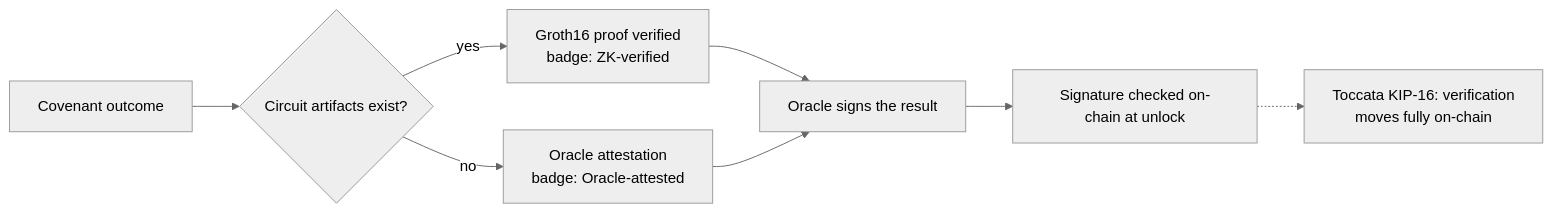
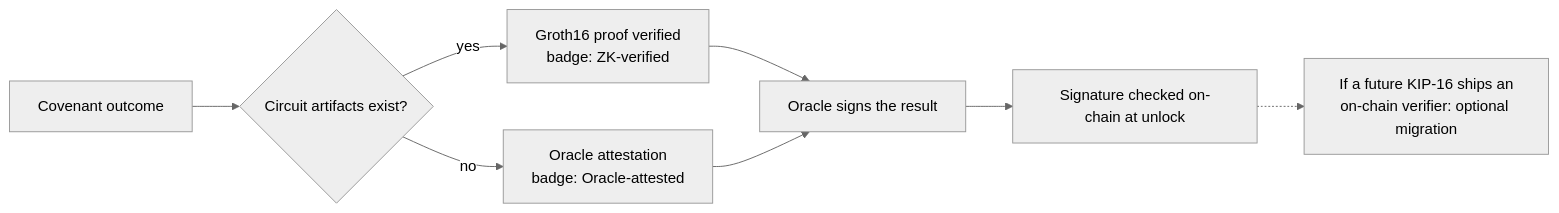
The fifth of 5 diagrams in README.md (THTProtocol/Covex27), drawn with Mermaid (neutral theme) before and after one commit. The commit also changed other lines of this file and 14 other files, not shown here.

````diff
--- a/README.md
+++ b/README.md
@@ -307,10 +307,10 @@
 ```mermaid
 flowchart LR
     OUT["Covenant outcome"] --> Q{"Circuit artifacts exist?"}
     Q -- yes --> ZK["Groth16 proof verified<br/>badge: ZK-verified"]
     Q -- no --> AT["Oracle attestation<br/>badge: Oracle-attested"]
     ZK --> SIG["Oracle signs the result"]
     AT --> SIG
     SIG --> CHAIN["Signature checked on-chain at unlock"]
-    CHAIN -.-> FUT["Toccata KIP-16: verification<br/>moves fully on-chain"]
+    CHAIN -.-> FUT["If a future KIP-16 ships an<br/>on-chain verifier: optional migration"]
 ```
````
